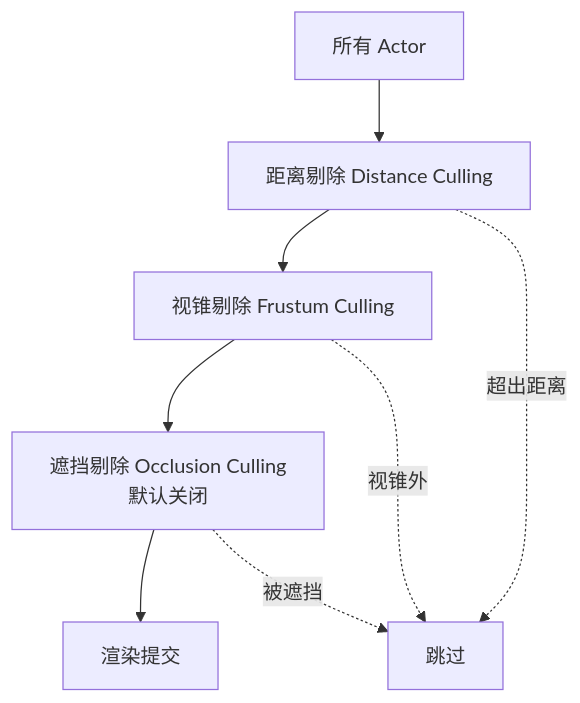
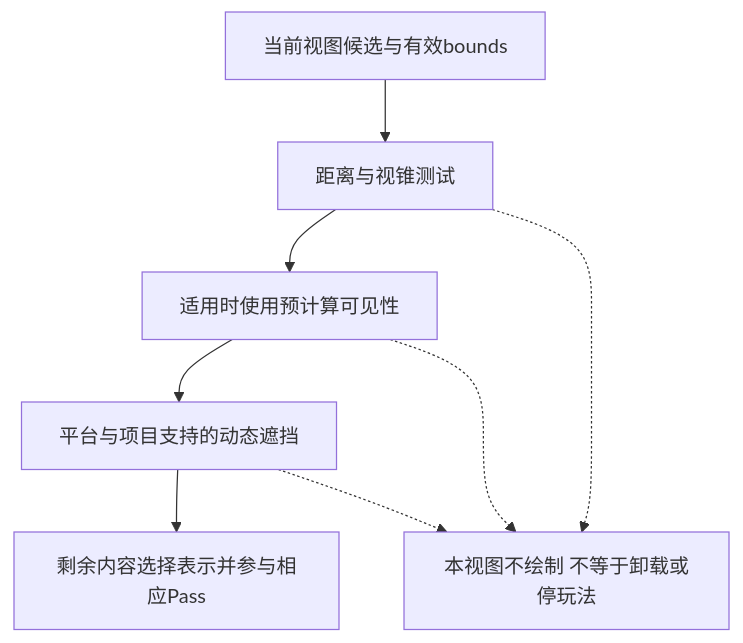
One commit to fantuan812/learning changed the third of 6 diagrams in 知识/08-工程实践与质量/调试与性能分析/04-渲染与加载性能优化.md. Above: the diagram before and after it, drawn with Mermaid. The commit also changed other lines of this file and 1 other file, not shown here.

````diff
--- a/知识/08-工程实践与质量/调试与性能分析/04-渲染与加载性能优化.md
+++ b/知识/08-工程实践与质量/调试与性能分析/04-渲染与加载性能优化.md
@@ -153,10 +115,10 @@
 ```mermaid
 flowchart TD
-    A[所有 Actor] --> B[距离剔除 Distance Culling]
-    B --> C[视锥剔除 Frustum Culling]
-    C --> D[遮挡剔除 Occlusion Culling<br/>默认关闭]
-    D --> E[渲染提交]
-    B -.->|超出距离| X[跳过]
-    C -.->|视锥外| X
-    D -.->|被遮挡| X
+    A[当前视图候选与有效bounds] --> B[距离与视锥测试]
+    B --> C[适用时使用预计算可见性]
+    C --> D[平台与项目支持的动态遮挡]
+    D --> E[剩余内容选择表示并参与相应Pass]
+    B -.-> F[本视图不绘制 不等于卸载或停玩法]
+    C -.-> F
+    D -.-> F
 ```
````
